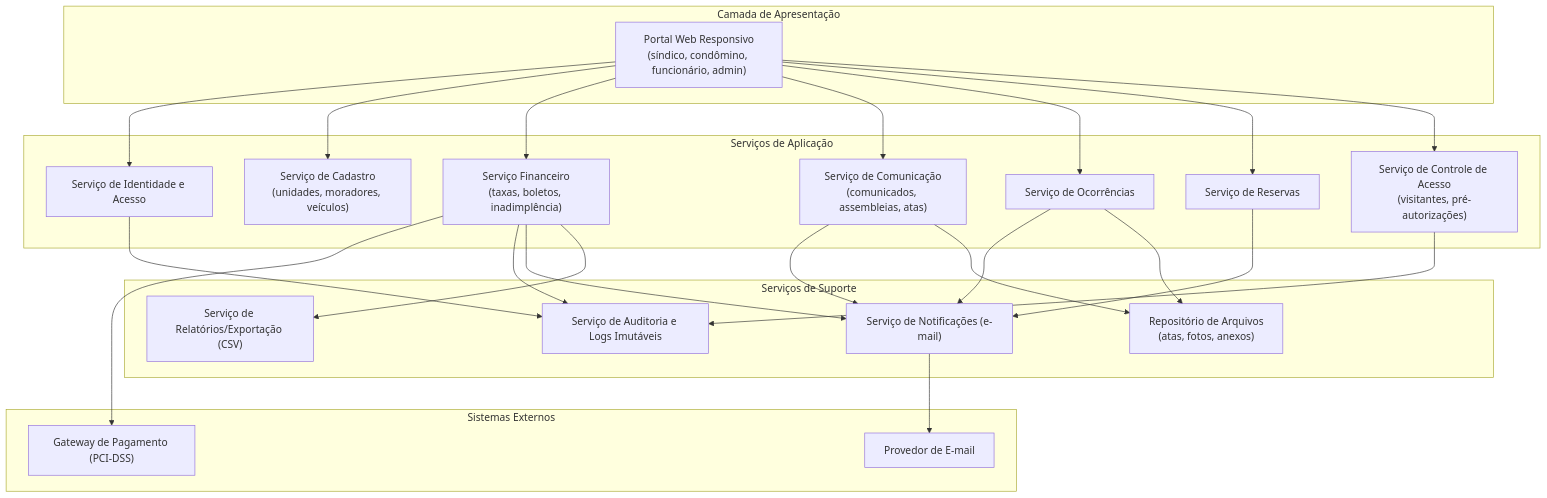
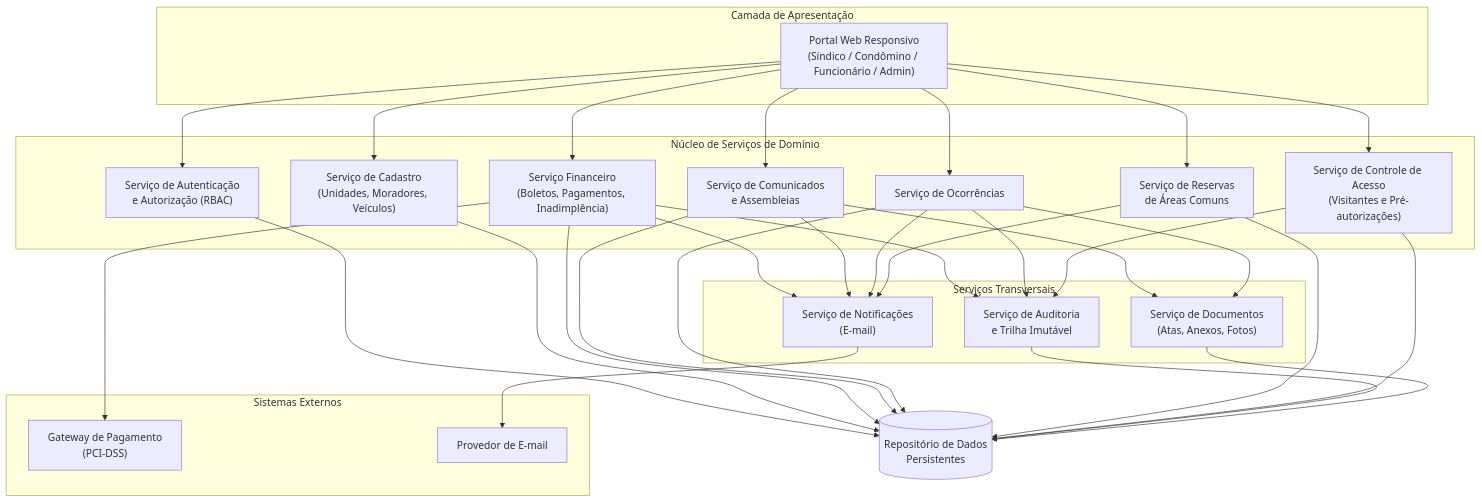
One commit to PDC-ESIA/AI4ES changed the first of 3 diagrams in docs/Time_2_Design/analise-qualitativa/outputs/relatorio_claude_fable_5_M04.md. Above: the diagram before and after it, drawn with Mermaid. The commit also changed other lines of this file and 107 other files, not shown here.

````diff
--- a/docs/Time_2_Design/analise-qualitativa/outputs/relatorio_claude_fable_5_M04.md
+++ b/docs/Time_2_Design/analise-qualitativa/outputs/relatorio_claude_fable_5_M04.md
@@ -33,49 +33,59 @@
 ```mermaid
 flowchart TB
     subgraph Apresentacao["Camada de Apresentação"]
-        PORTAL["Portal Web Responsivo<br/>(síndico, condômino, funcionário, admin)"]
+        PORTAL["Portal Web Responsivo<br/>(Síndico / Condômino / Funcionário / Admin)"]
     end
 
-    subgraph Nucleo["Serviços de Aplicação"]
-        AUTH["Serviço de Identidade e Acesso"]
-        CAD["Serviço de Cadastro<br/>(unidades, moradores, veículos)"]
-        FIN["Serviço Financeiro<br/>(taxas, boletos, inadimplência)"]
-        COM["Serviço de Comunicação<br/>(comunicados, assembleias, atas)"]
+    subgraph Nucleo["Núcleo de Serviços de Domínio"]
+        AUTH["Serviço de Autenticação<br/>e Autorização (RBAC)"]
+        CAD["Serviço de Cadastro<br/>(Unidades, Moradores, Veículos)"]
+        FIN["Serviço Financeiro<br/>(Boletos, Pagamentos, Inadimplência)"]
+        COM["Serviço de Comunicados<br/>e Assembleias"]
         OCO["Serviço de Ocorrências"]
-        RES["Serviço de Reservas"]
-        VIS["Serviço de Controle de Acesso<br/>(visitantes, pré-autorizações)"]
+        RES["Serviço de Reservas<br/>de Áreas Comuns"]
+        ACE["Serviço de Controle de Acesso<br/>(Visitantes e Pré-autorizações)"]
     end
 
-    subgraph Suporte["Serviços de Suporte"]
-        NOT["Serviço de Notificações (e-mail)"]
-        AUD["Serviço de Auditoria e Logs Imutáveis"]
-        ARQ["Repositório de Arquivos<br/>(atas, fotos, anexos)"]
-        REL["Serviço de Relatórios/Exportação (CSV)"]
+    subgraph Transversal["Serviços Transversais"]
+        NOT["Serviço de Notificações<br/>(E-mail)"]
+        AUD["Serviço de Auditoria<br/>e Trilha Imutável"]
+        DOC["Serviço de Documentos<br/>(Atas, Anexos, Fotos)"]
     end
 
     subgraph Externos["Sistemas Externos"]
-        GW["Gateway de Pagamento (PCI-DSS)"]
-        MAIL["Provedor de E-mail"]
+        GW["Gateway de Pagamento<br/>(PCI-DSS)"]
+        SMTP["Provedor de E-mail"]
     end
+
+    REPO[("Repositório de Dados<br/>Persistentes")]
 
     PORTAL --> AUTH
     PORTAL --> CAD
     PORTAL --> FIN
     PORTAL --> COM
     PORTAL --> OCO
     PORTAL --> RES
-    PORTAL --> VIS
+    PORTAL --> ACE
 
     FIN --> GW
+    FIN --> NOT
     FIN --> AUD
-    FIN --> NOT
-    FIN --> REL
     COM --> NOT
-    COM --> ARQ
+    COM --> DOC
     OCO --> NOT
-    OCO --> ARQ
+    OCO --> DOC
+    OCO --> AUD
     RES --> NOT
-    VIS --> AUD
-    NOT --> MAIL
-    AUTH --> AUD
+    ACE --> AUD
+    NOT --> SMTP
+
+    AUTH --> REPO
+    CAD --> REPO
+    FIN --> REPO
+    COM --> REPO
+    OCO --> REPO
+    RES --> REPO
+    ACE --> REPO
+    AUD --> REPO
+    DOC --> REPO
 ```
````
